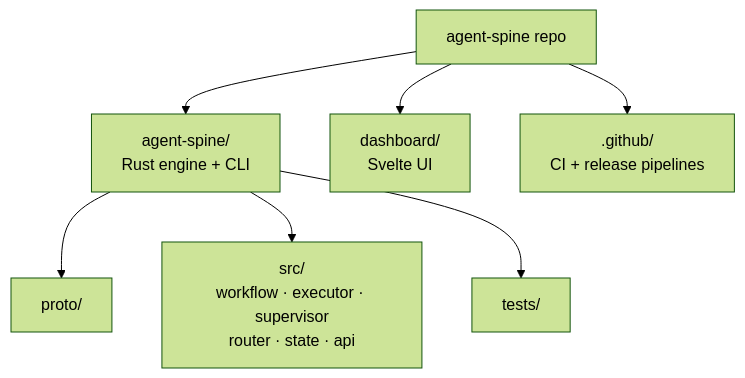
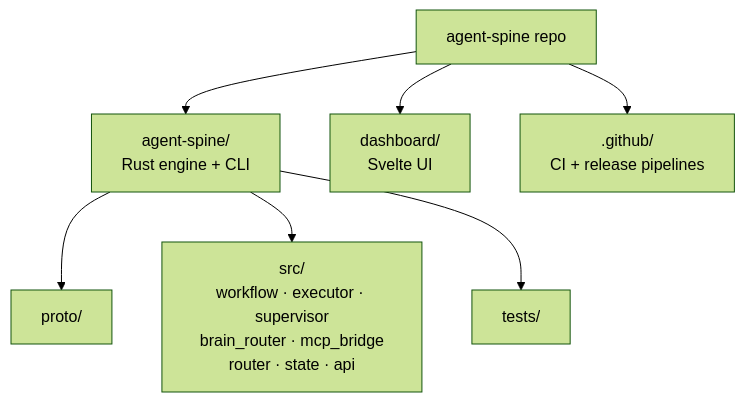
One commit to autonomic-ai-dev/agent-spine changed the fourth of 4 diagrams in README.md. Above: the diagram before and after it, drawn with Mermaid (forest theme). The commit also changed other lines of this file and 12 other files, not shown here.

First line of the commit message:
feat: agent-brain MCP bridge integration (Phase 1)

````diff
--- a/README.md
+++ b/README.md
@@ -126,11 +133,11 @@
 ```mermaid
 flowchart TB
     root["agent-spine repo"]
     root --> engine["agent-spine/<br/>Rust engine + CLI"]
     root --> dash["dashboard/<br/>Svelte UI"]
     root --> gh[".github/<br/>CI + release pipelines"]
 
     engine --> proto["proto/"]
-    engine --> src["src/<br/>workflow · executor · supervisor<br/>router · state · api"]
+    engine --> src["src/<br/>workflow · executor · supervisor<br/>brain_router · mcp_bridge<br/>router · state · api"]
     engine --> tests["tests/"]
 ```
````
